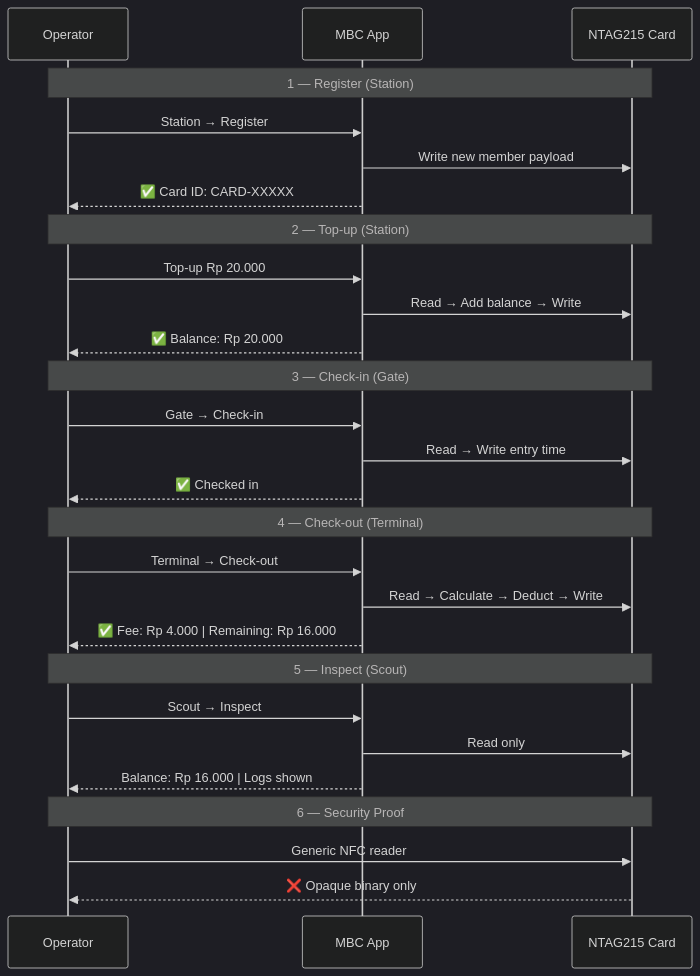
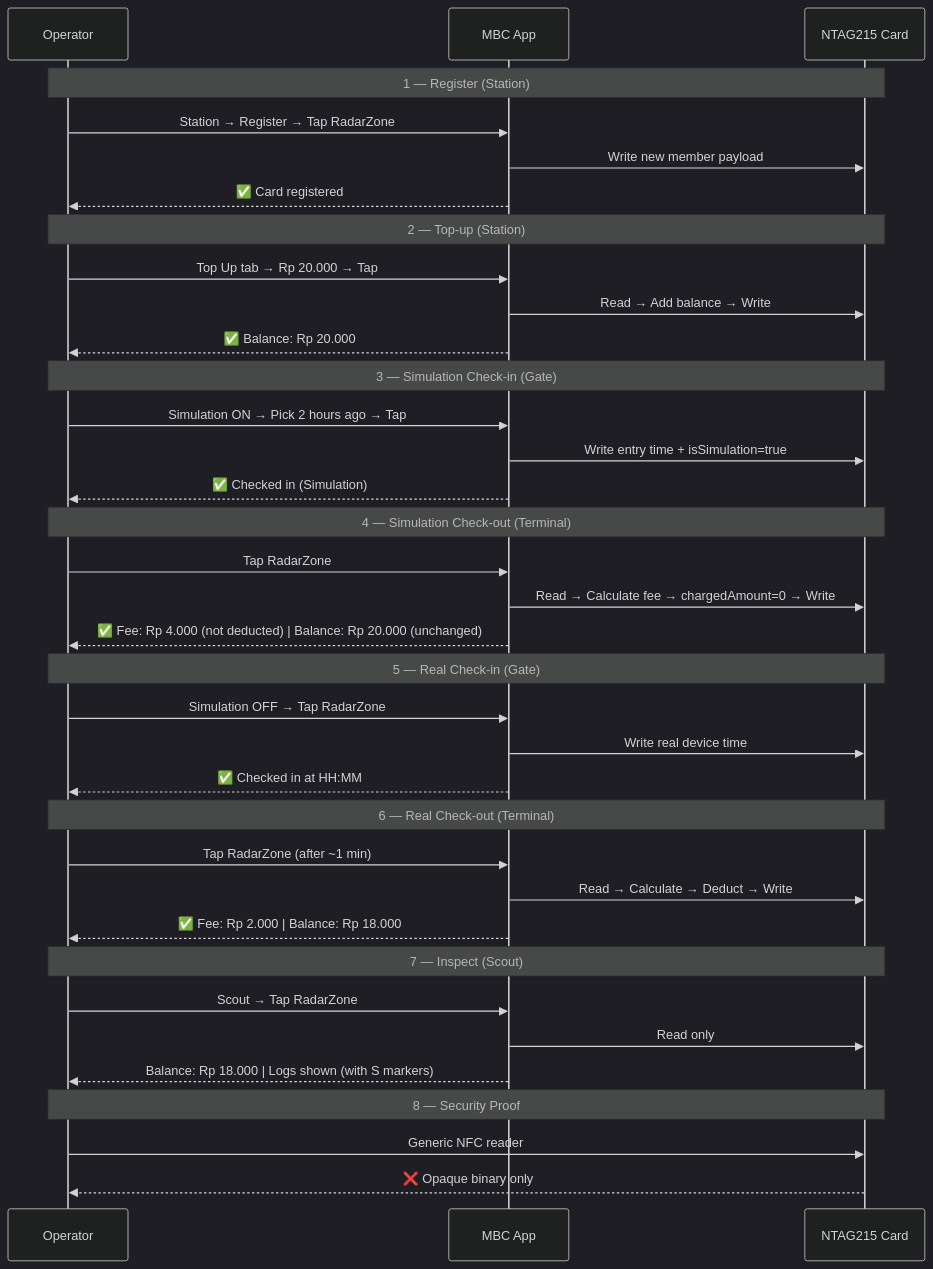
Diagram 16 of 16 in docs/PRESENTATION.md (Schitzos/mbc-nfc), drawn with Mermaid (dark theme) before and after one commit. The commit also changed other lines of this file and 1 other file, not shown here.

````diff
--- a/docs/PRESENTATION.md
+++ b/docs/PRESENTATION.md
@@ -980,35 +975,45 @@
 ```mermaid
 sequenceDiagram
     participant User as Operator
     participant App as MBC App
     participant Card as NTAG215 Card
 
     Note over User,Card: 1 — Register (Station)
-    User->>App: Station → Register
+    User->>App: Station → Register → Tap RadarZone
     App->>Card: Write new member payload
-    App-->>User: ✅ Card ID: CARD-XXXXX
+    App-->>User: ✅ Card registered
 
     Note over User,Card: 2 — Top-up (Station)
-    User->>App: Top-up Rp 20.000
+    User->>App: Top Up tab → Rp 20.000 → Tap
     App->>Card: Read → Add balance → Write
     App-->>User: ✅ Balance: Rp 20.000
 
-    Note over User,Card: 3 — Check-in (Gate)
-    User->>App: Gate → Check-in
-    App->>Card: Read → Write entry time
-    App-->>User: ✅ Checked in
+    Note over User,Card: 3 — Simulation Check-in (Gate)
+    User->>App: Simulation ON → Pick 2 hours ago → Tap
+    App->>Card: Write entry time + isSimulation=true
+    App-->>User: ✅ Checked in (Simulation)
 
-    Note over User,Card: 4 — Check-out (Terminal)
-    User->>App: Terminal → Check-out
+    Note over User,Card: 4 — Simulation Check-out (Terminal)
+    User->>App: Tap RadarZone
+    App->>Card: Read → Calculate fee → chargedAmount=0 → Write
+    App-->>User: ✅ Fee: Rp 4.000 (not deducted) | Balance: Rp 20.000 (unchanged)
+
+    Note over User,Card: 5 — Real Check-in (Gate)
+    User->>App: Simulation OFF → Tap RadarZone
+    App->>Card: Write real device time
+    App-->>User: ✅ Checked in at HH:MM
+
+    Note over User,Card: 6 — Real Check-out (Terminal)
+    User->>App: Tap RadarZone (after ~1 min)
     App->>Card: Read → Calculate → Deduct → Write
-    App-->>User: ✅ Fee: Rp 4.000 | Remaining: Rp 16.000
+    App-->>User: ✅ Fee: Rp 2.000 | Balance: Rp 18.000
 
-    Note over User,Card: 5 — Inspect (Scout)
-    User->>App: Scout → Inspect
+    Note over User,Card: 7 — Inspect (Scout)
+    User->>App: Scout → Tap RadarZone
     App->>Card: Read only
-    App-->>User: Balance: Rp 16.000 | Logs shown
+    App-->>User: Balance: Rp 18.000 | Logs shown (with S markers)
 
-    Note over User,Card: 6 — Security Proof
+    Note over User,Card: 8 — Security Proof
     User->>Card: Generic NFC reader
     Card-->>User: ❌ Opaque binary only
 ```
````
